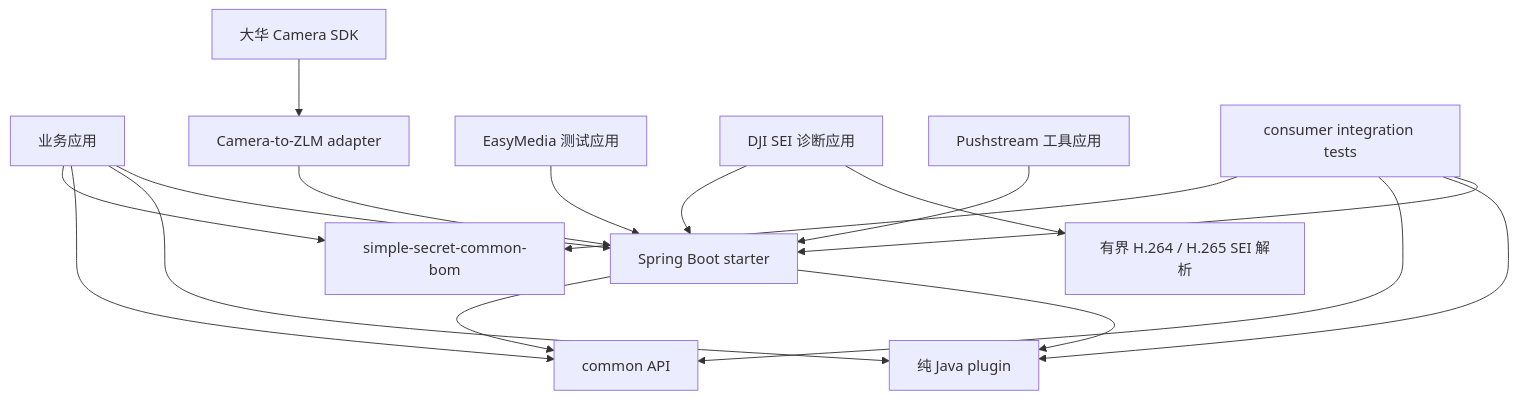
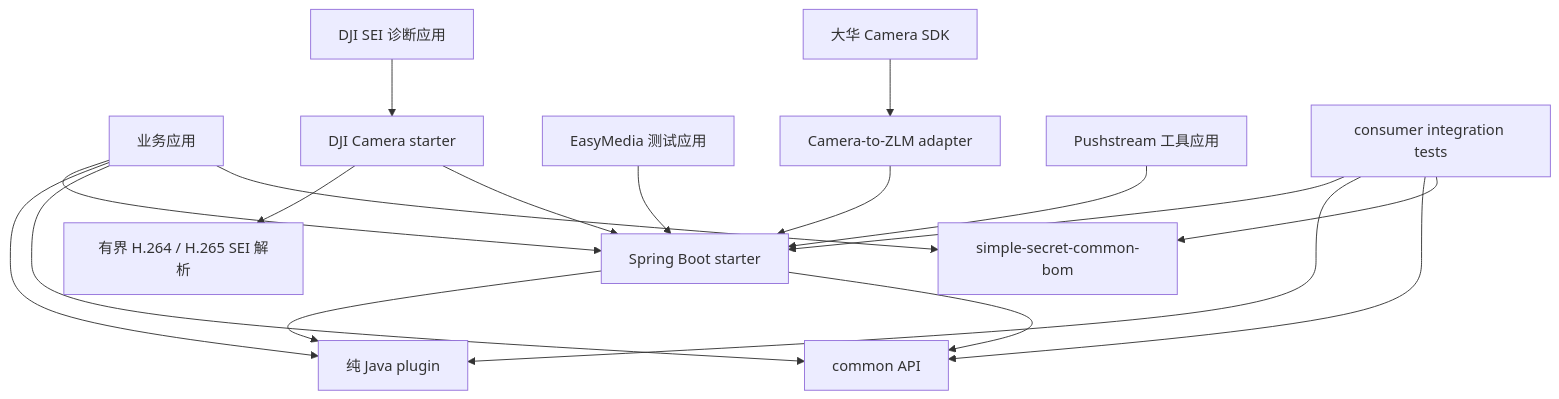
The first of 2 diagrams in README.md (Secret799/simple-secret), drawn with Mermaid before and after one commit. The commit also changed other lines of this file and 60 other files, not shown here.

````diff
--- a/README.md
+++ b/README.md
@@ -46,19 +47,20 @@
 ```mermaid
 flowchart TD
     APP["业务应用"] --> BOM["simple-secret-common-bom"]
     APP --> COMMON["common API"]
     APP --> PLUGIN["纯 Java plugin"]
     APP --> STARTER["Spring Boot starter"]
     STARTER --> COMMON
     STARTER --> PLUGIN
     CAMERA["大华 Camera SDK"] --> ADAPTER["Camera-to-ZLM adapter"]
     ADAPTER --> STARTER
     SAMPLE["EasyMedia 测试应用"] --> STARTER
-    DJI["DJI SEI 诊断应用"] --> STARTER
-    DJI --> SEI["有界 H.264 / H.265 SEI 解析"]
+    DJI["DJI SEI 诊断应用"] --> DJI_STARTER["DJI Camera starter"]
+    DJI_STARTER --> STARTER
+    DJI_STARTER --> SEI["有界 H.264 / H.265 SEI 解析"]
     PUSH["Pushstream 工具应用"] --> STARTER
     TEST["consumer integration tests"] --> BOM
     TEST --> COMMON
     TEST --> PLUGIN
     TEST --> STARTER
 ```
````
